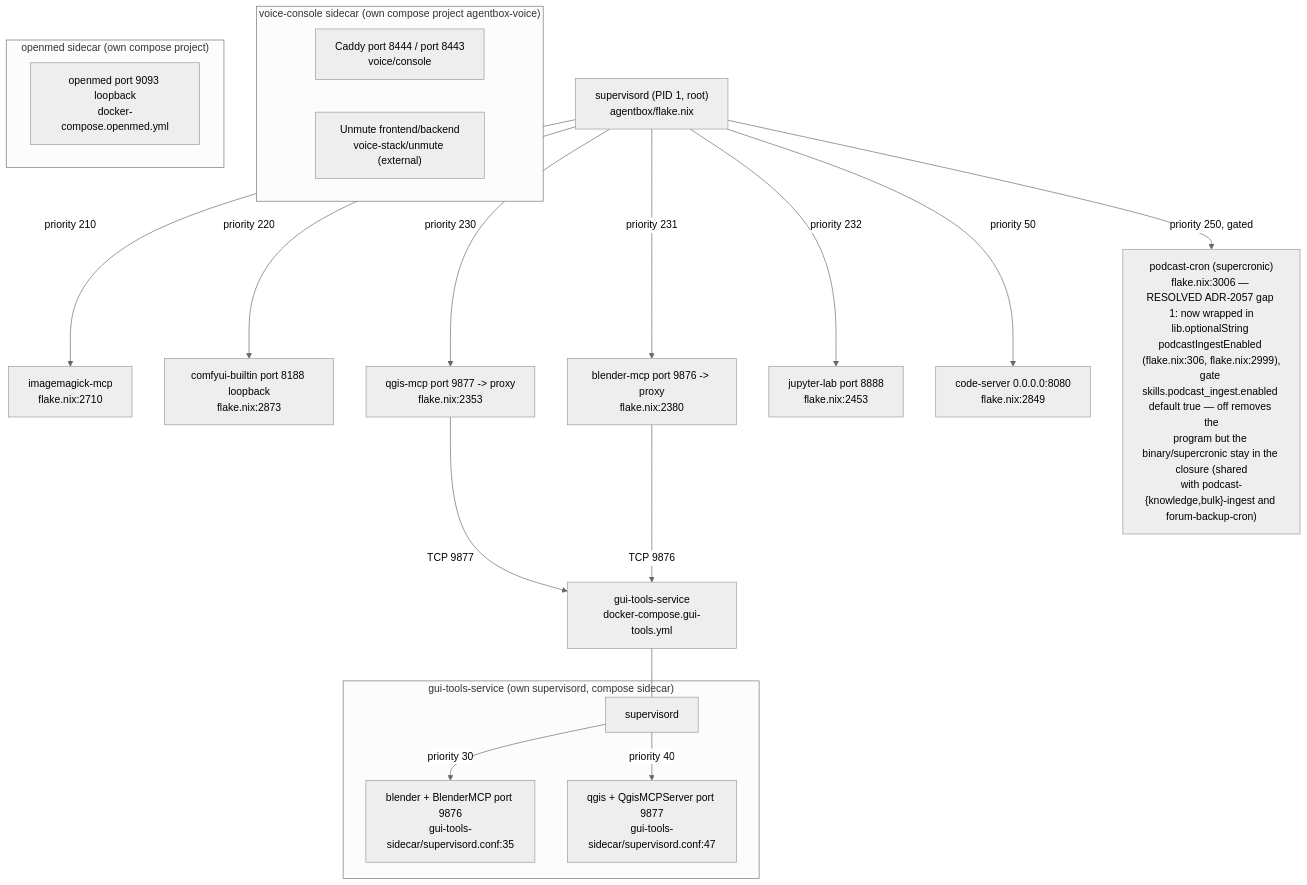
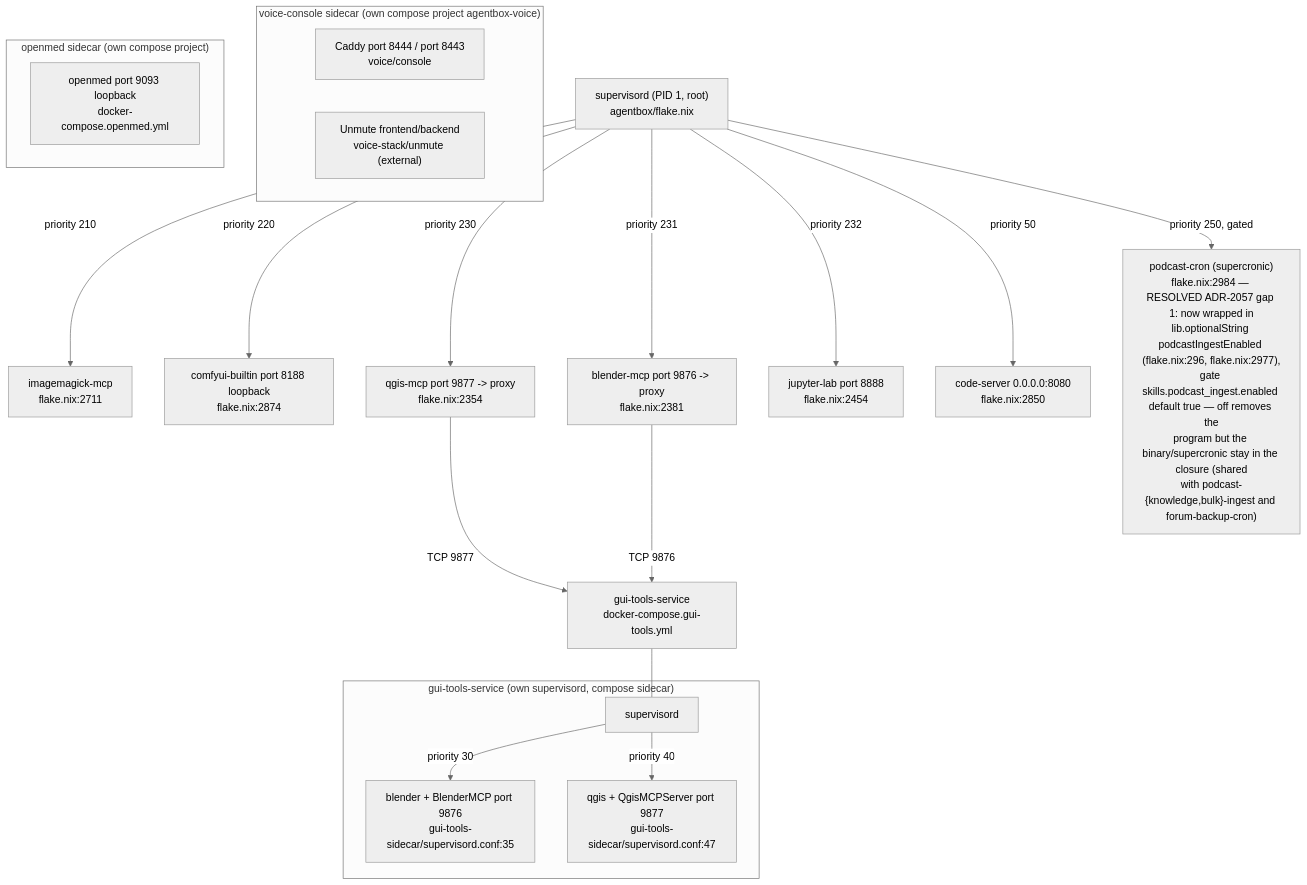
One commit to DreamLab-AI/VisionFlow changed the tenth of 14 diagrams in docs/diagrams/agentbox/27-media-gpu-capability-services.md. Above: the diagram before and after it, drawn with Mermaid (neutral theme). The commit also changed other lines of this file and 145 other files, not shown here.

````diff
--- a/docs/diagrams/agentbox/27-media-gpu-capability-services.md
+++ b/docs/diagrams/agentbox/27-media-gpu-capability-services.md
@@ -323,30 +324,30 @@
 ```mermaid
 flowchart TB
     SUP["supervisord (PID 1, root)<br/>agentbox/flake.nix"]
-    SUP -->|priority 210| IM["imagemagick-mcp<br/>flake.nix:2710"]
-    SUP -->|priority 220| CB["comfyui-builtin port 8188 loopback<br/>flake.nix:2873"]
-    SUP -->|priority 230| QM["qgis-mcp port 9877 -> proxy<br/>flake.nix:2353"]
-    SUP -->|priority 231| BM["blender-mcp port 9876 -> proxy<br/>flake.nix:2380"]
-    SUP -->|priority 232| JL["jupyter-lab port 8888<br/>flake.nix:2453"]
-    SUP -->|priority 50| CS["code-server 0.0.0.0:8080<br/>flake.nix:2849"]
-    SUP -->|priority 250, gated| PC["podcast-cron (supercronic)<br/>flake.nix:3006 — RESOLVED ADR-2057 gap 1: now wrapped in<br/>lib.optionalString podcastIngestEnabled (flake.nix:306, flake.nix:2999),<br/>gate skills.podcast_ingest.enabled default true — off removes the<br/>program but the binary/supercronic stay in the closure (shared<br/>with podcast-{knowledge,bulk}-ingest and forum-backup-cron)"]
+    SUP -->|priority 210| IM["imagemagick-mcp<br/>flake.nix:2711"]
+    SUP -->|priority 220| CB["comfyui-builtin port 8188 loopback<br/>flake.nix:2874"]
+    SUP -->|priority 230| QM["qgis-mcp port 9877 -> proxy<br/>flake.nix:2354"]
+    SUP -->|priority 231| BM["blender-mcp port 9876 -> proxy<br/>flake.nix:2381"]
+    SUP -->|priority 232| JL["jupyter-lab port 8888<br/>flake.nix:2454"]
+    SUP -->|priority 50| CS["code-server 0.0.0.0:8080<br/>flake.nix:2850"]
+    SUP -->|priority 250, gated| PC["podcast-cron (supercronic)<br/>flake.nix:2984 — RESOLVED ADR-2057 gap 1: now wrapped in<br/>lib.optionalString podcastIngestEnabled (flake.nix:296, flake.nix:2977),<br/>gate skills.podcast_ingest.enabled default true — off removes the<br/>program but the binary/supercronic stay in the closure (shared<br/>with podcast-{knowledge,bulk}-ingest and forum-backup-cron)"]
 
     QM -->|TCP 9877| GTS["gui-tools-service<br/>docker-compose.gui-tools.yml"]
     BM -->|TCP 9876| GTS
 
     subgraph sidecar["gui-tools-service (own supervisord, compose sidecar)"]
         GSUP["supervisord"]
         GSUP -->|priority 30| GB["blender + BlenderMCP port 9876<br/>gui-tools-sidecar/supervisord.conf:35"]
         GSUP -->|priority 40| GQ["qgis + QgisMCPServer port 9877<br/>gui-tools-sidecar/supervisord.conf:47"]
     end
     GTS --- GSUP
 
     subgraph voicesc["voice-console sidecar (own compose project agentbox-voice)"]
         CADDY["Caddy port 8444 / port 8443<br/>voice/console"]
         UNMUTE["Unmute frontend/backend<br/>voice-stack/unmute (external)"]
     end
 
     subgraph openmedsc["openmed sidecar (own compose project)"]
         OM["openmed port 9093 loopback<br/>docker-compose.openmed.yml"]
     end
 ```
````
